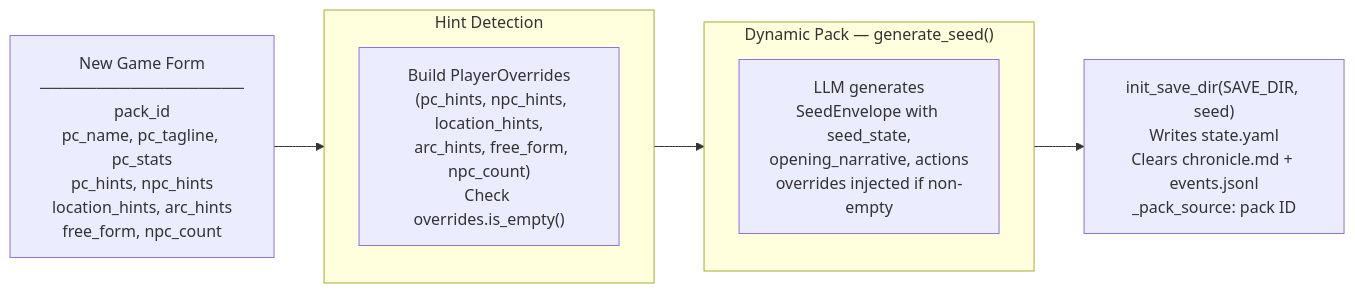
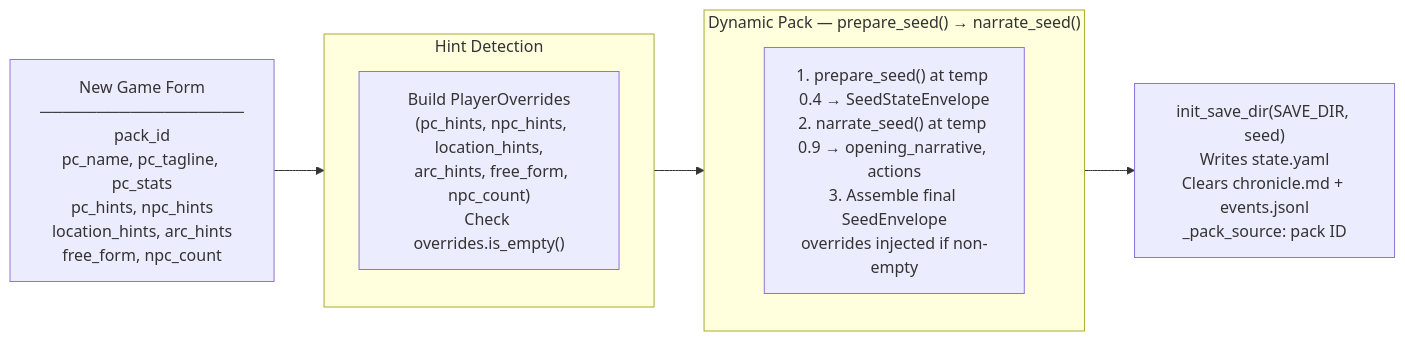
One commit to pww217/fablethread changed the first of 2 diagrams in docs/architecture/out-of-band.md. Above: the diagram before and after it, drawn with Mermaid. The commit also changed other lines of this file and 22 other files, not shown here.

````diff
--- a/docs/architecture/out-of-band.md
+++ b/docs/architecture/out-of-band.md
@@ -9,18 +9,18 @@
 ```mermaid
 flowchart LR
     FORM["New Game Form<br>──────────────────<br>pack_id<br>pc_name, pc_tagline, pc_stats<br>pc_hints, npc_hints<br>location_hints, arc_hints<br>free_form, npc_count"]
 
     subgraph CHECK["Hint Detection"]
         H["Build PlayerOverrides<br>  (pc_hints, npc_hints, location_hints,<br>  arc_hints, free_form, npc_count)<br>Check overrides.is_empty()"]
     end
 
-    subgraph DYNAMIC["Dynamic Pack — generate_seed()"]
-        DS["LLM generates<br>SeedEnvelope with seed_state,<br>opening_narrative, actions<br>overrides injected if non-empty"]
+    subgraph DYNAMIC["Dynamic Pack — prepare_seed() → narrate_seed()"]
+        DS["1. prepare_seed() at temp 0.4 → SeedStateEnvelope<br>2. narrate_seed() at temp 0.9 → opening_narrative, actions<br>3. Assemble final SeedEnvelope<br>overrides injected if non-empty"]
     end
 
     INIT["init_save_dir(SAVE_DIR, seed)<br>Writes state.yaml<br>Clears chronicle.md + events.jsonl<br>_pack_source: pack ID"]
 
     FORM --> CHECK
     CHECK --> DYNAMIC
     DYNAMIC --> INIT
 ```
````
